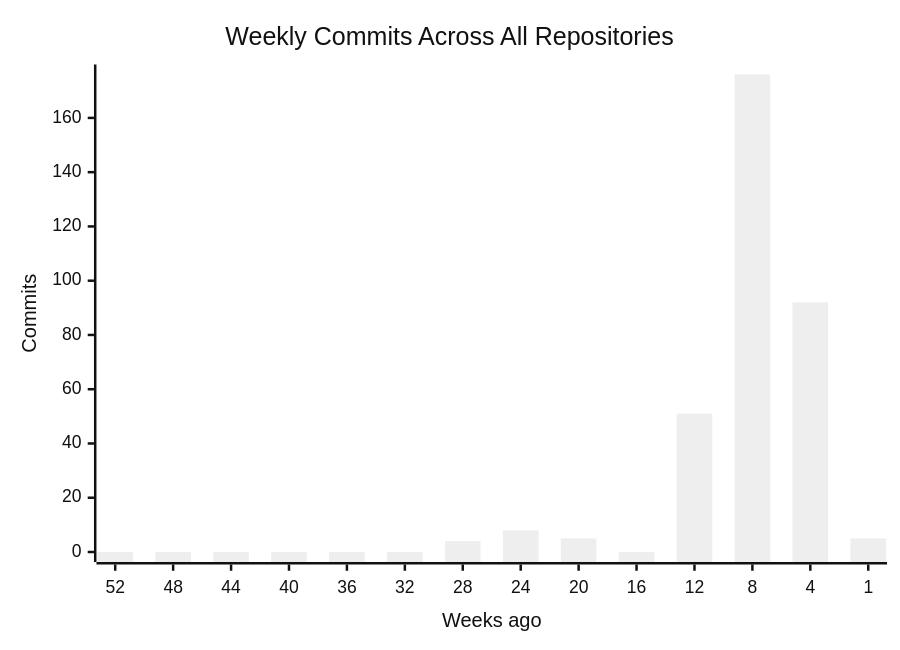
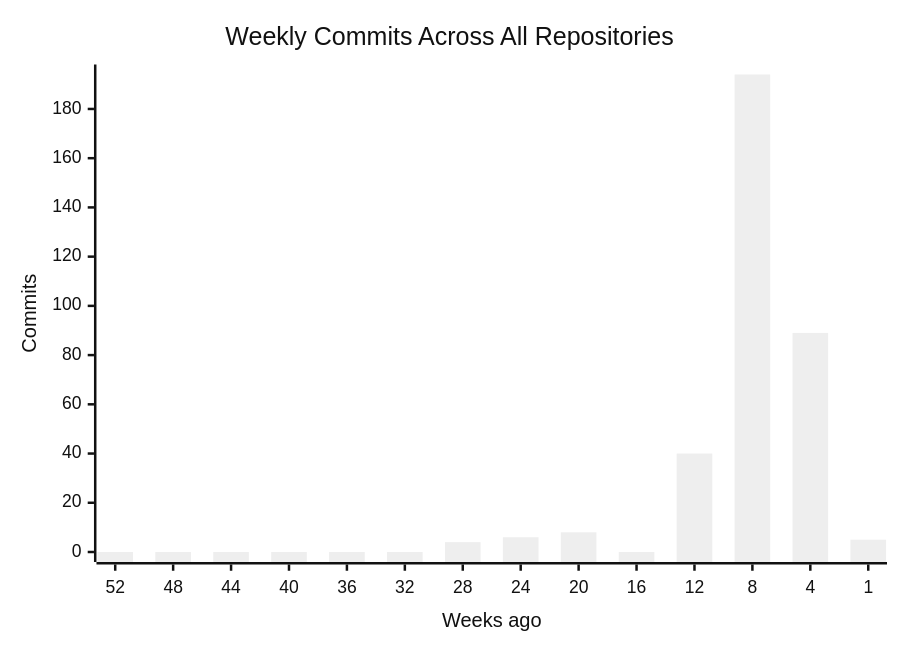
One commit to CSTH-Projects/.github changed the first of 4 diagrams in profile/README.md. Above: the diagram before and after it, drawn with Mermaid (neutral theme). The commit also changed other lines of this file, not shown here.

````diff
--- a/profile/README.md
+++ b/profile/README.md
@@ -16,7 +16,7 @@
 ```mermaid
 xychart-beta
     title "Weekly Commits Across All Repositories"
     x-axis "Weeks ago" [52, 48, 44, 40, 36, 32, 28, 24, 20, 16, 12, 8, 4, 1]
     y-axis "Commits"
-    bar [0, 0, 0, 0, 0, 0, 4, 8, 5, 0, 51, 176, 92, 5]
+    bar [0, 0, 0, 0, 0, 0, 4, 6, 8, 0, 40, 194, 89, 5]
 ```
````
